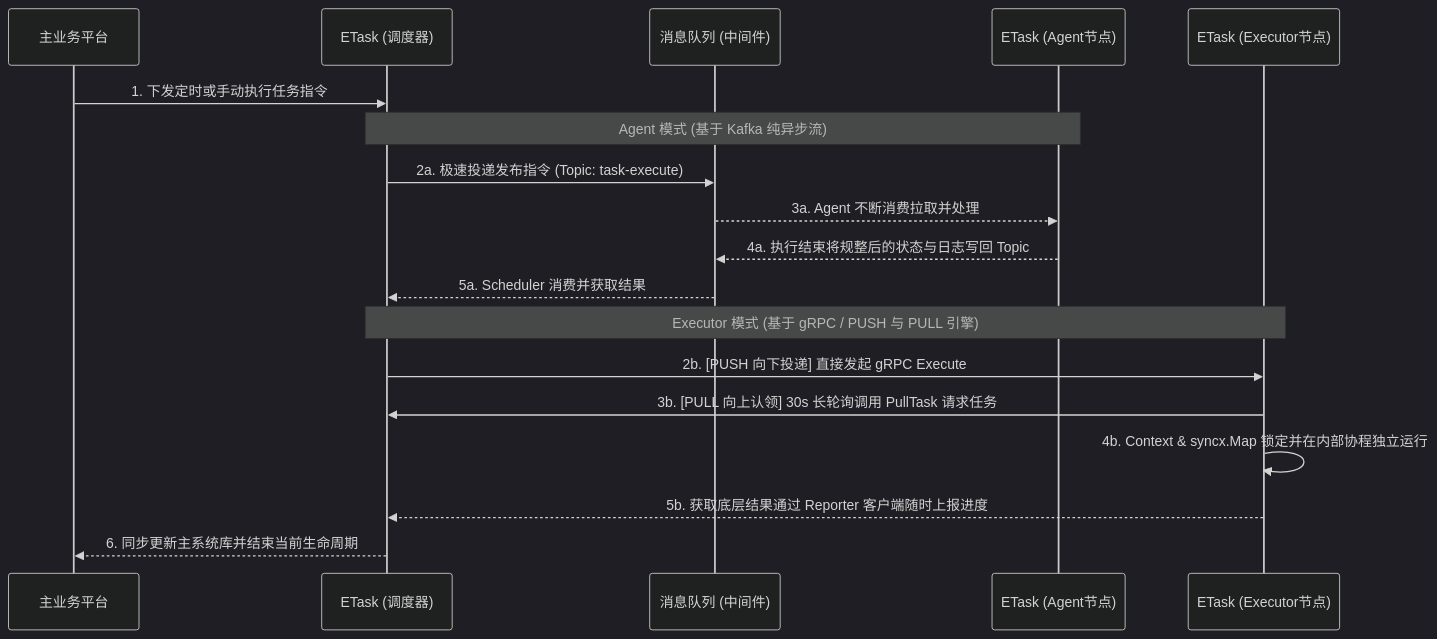
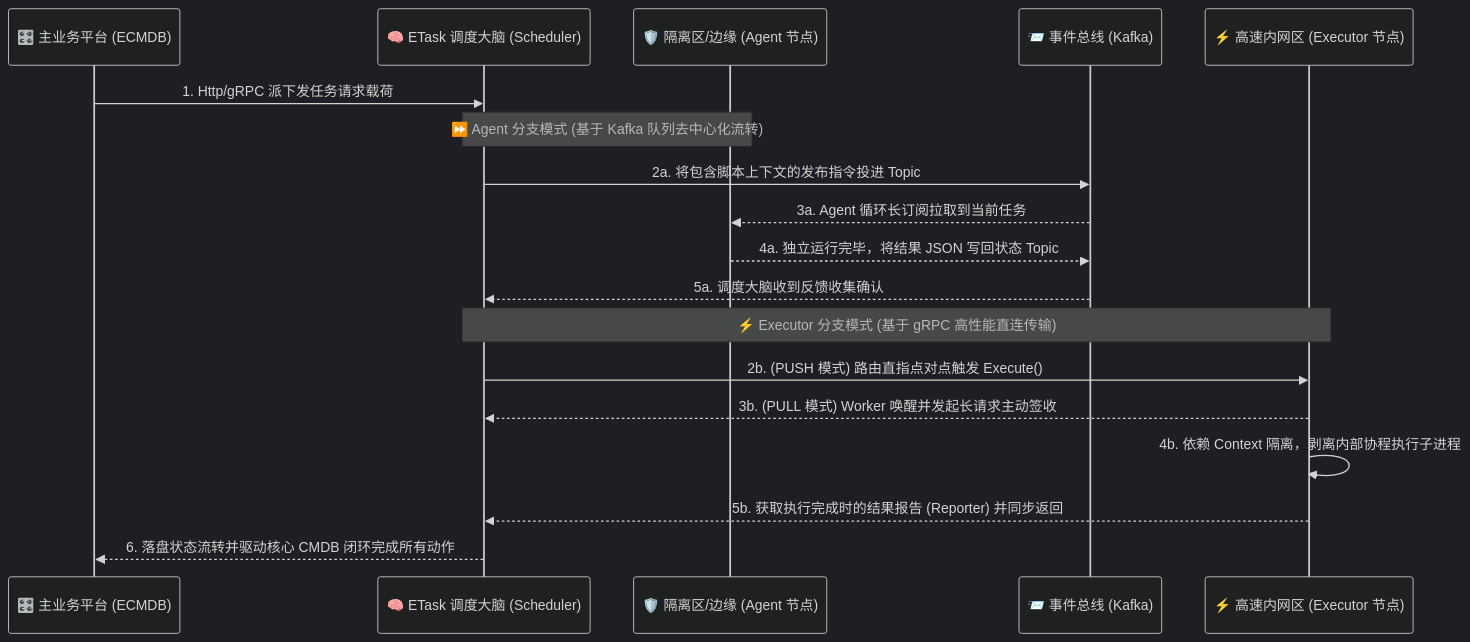
The diagram in README.md (Duke1616/etask), drawn with Mermaid (dark theme) before and after one commit. The commit also changed other lines of this file, not shown here.

````diff
--- a/README.md
+++ b/README.md
@@ -19,22 +34,25 @@
 ```mermaid
+sequenceDiagram
+    participant ECMDB as 🎛️ 主业务平台 (ECMDB)
+    participant Scheduler as 🧠 ETask 调度大脑 (Scheduler)
+    
+    participant Agent as 🛡️ 隔离区/边缘 (Agent 节点)
+    participant Kafka as 📨 事件总线 (Kafka)
+    participant Executor as ⚡️ 高速内网区 (Executor 节点)
 
-sequenceDiagram
-    participant ECMDB as 主业务平台
-    participant Scheduler as ETask (调度器)
-    participant Kafka as 消息队列 (中间件)
-    participant Agent as ETask (Agent节点)
-    participant Executor as ETask (Executor节点)
+    ECMDB->>Scheduler: 1. Http/gRPC 派下发任务请求载荷
+    
+    Note over Scheduler,Agent: ⏩ Agent 分支模式 (基于 Kafka 队列去中心化流转)
+    Scheduler->>Kafka: 2a. 将包含脚本上下文的发布指令投进 Topic
+    Kafka-->>Agent: 3a. Agent 循环长订阅拉取到当前任务
+    Agent-->>Kafka: 4a. 独立运行完毕，将结果 JSON 写回状态 Topic
+    Kafka-->>Scheduler: 5a. 调度大脑收到反馈收集确认
 
-    ECMDB->>Scheduler: 1. 下发定时或手动执行任务指令
-    Note over Scheduler,Agent: Agent 模式 (基于 Kafka 纯异步流)
-    Scheduler->>Kafka: 2a. 极速投递发布指令 (Topic: task-execute)
-    Kafka-->>Agent: 3a. Agent 不断消费拉取并处理
-    Agent-->>Kafka: 4a. 执行结束将规整后的状态与日志写回 Topic
-    Kafka-->>Scheduler: 5a. Scheduler 消费并获取结果
-    Note over Scheduler,Executor: Executor 模式 (基于 gRPC / PUSH 与 PULL 引擎)
-    Scheduler->>Executor: 2b. [PUSH 向下投递] 直接发起 gRPC Execute
-    Executor->>Scheduler: 3b. [PULL 向上认领] 30s 长轮询调用 PullTask 请求任务
-    Executor->>Executor: 4b. Context & syncx.Map 锁定并在内部协程独立运行
-    Executor-->>Scheduler: 5b. 获取底层结果通过 Reporter 客户端随时上报进度
-    Scheduler-->>ECMDB: 6. 同步更新主系统库并结束当前生命周期
+    Note over Scheduler,Executor: ⚡️ Executor 分支模式 (基于 gRPC 高性能直连传输)
+    Scheduler->>Executor: 2b. (PUSH 模式) 路由直指点对点触发 Execute()
+    Executor-->>Scheduler: 3b. (PULL 模式) Worker 唤醒并发起长请求主动签收
+    Executor->>Executor: 4b. 依赖 Context 隔离，剥离内部协程执行子进程
+    Executor-->>Scheduler: 5b. 获取执行完成时的结果报告 (Reporter) 并同步返回
+
+    Scheduler-->>ECMDB: 6. 落盘状态流转并驱动核心 CMDB 闭环完成所有动作
 ```
````
